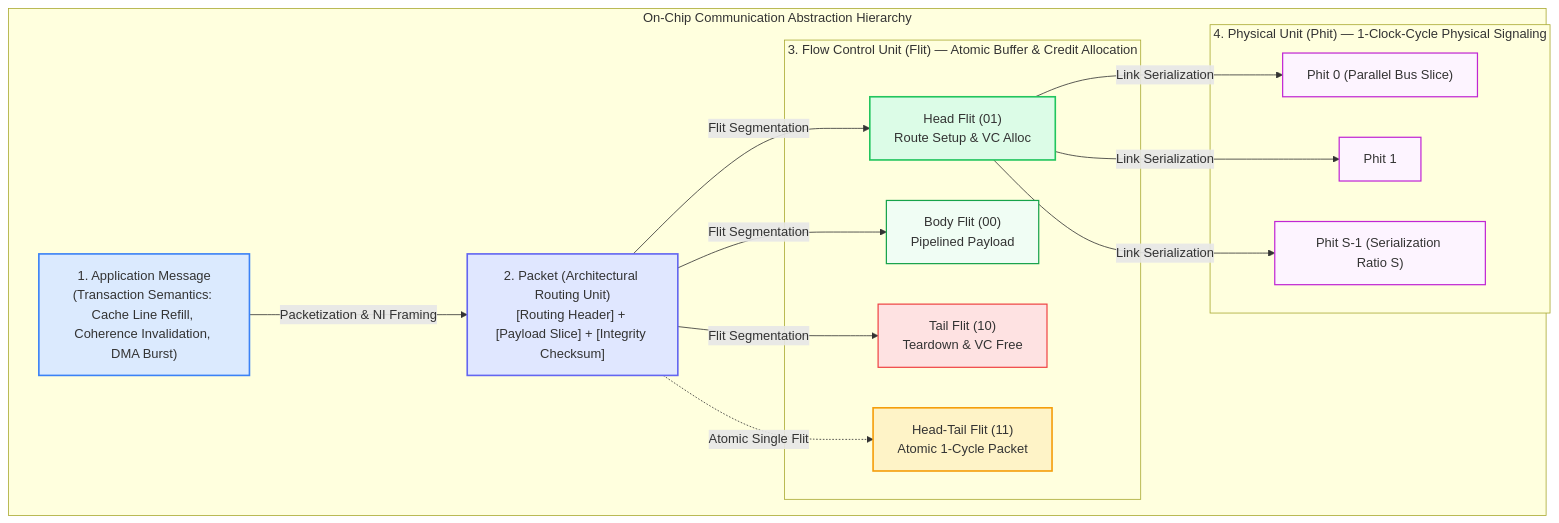
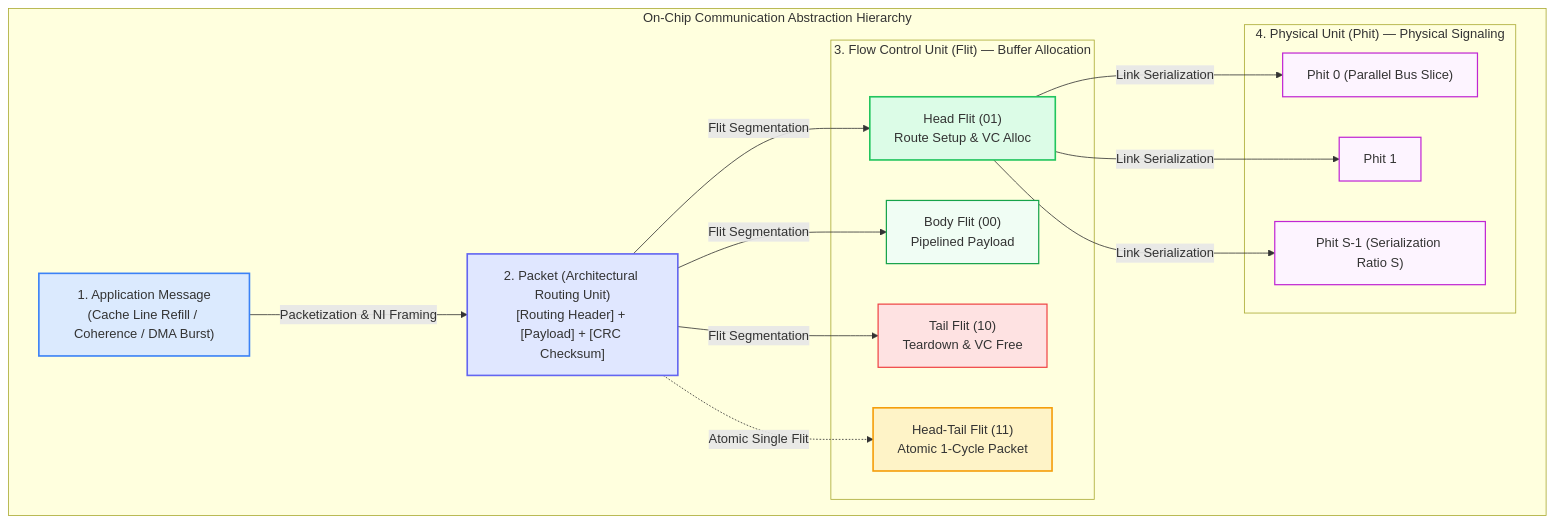
Before and after one commit to network-on-chip/book: the first of 2 diagrams in chapters/ch02-switching-flow-control/index.md, drawn with Mermaid. The commit also changed other lines of this file and 22 other files, not shown here.

````diff
--- a/chapters/ch02-switching-flow-control/index.md
+++ b/chapters/ch02-switching-flow-control/index.md
@@ -16,40 +48,40 @@
 ```mermaid
 graph TD
   subgraph Data_Hierarchy ["On-Chip Communication Abstraction Hierarchy"]
-    Msg["1. Application Message<br/>(Transaction Semantics: Cache Line Refill, Coherence Invalidation, DMA Burst)"]
+    Msg["1. Application Message<br/>(Cache Line Refill / Coherence / DMA Burst)"]
     
-    Pkt["2. Packet (Architectural Routing Unit)<br/>[Routing Header] + [Payload Slice] + [Integrity Checksum]"]
+    Pkt["2. Packet (Architectural Routing Unit)<br/>[Routing Header] + [Payload] + [CRC Checksum]"]
     
-    subgraph Flit_Tier ["3. Flow Control Unit (Flit) — Atomic Buffer & Credit Allocation"]
+    subgraph Flit_Tier ["3. Flow Control Unit (Flit) — Buffer Allocation"]
       Flit_Head["Head Flit (01)<br/>Route Setup &amp; VC Alloc"]
       Flit_Body["Body Flit (00)<br/>Pipelined Payload"]
       Flit_Tail["Tail Flit (10)<br/>Teardown &amp; VC Free"]
       Flit_HT["Head-Tail Flit (11)<br/>Atomic 1-Cycle Packet"]
     end
     
-    subgraph Phit_Tier ["4. Physical Unit (Phit) — 1-Clock-Cycle Physical Signaling"]
+    subgraph Phit_Tier ["4. Physical Unit (Phit) — Physical Signaling"]
       Phit1["Phit 0 (Parallel Bus Slice)"]
       Phit2["Phit 1"]
       PhitN["Phit S-1 (Serialization Ratio S)"]
     end
 
     Msg -->|Packetization & NI Framing| Pkt
     Pkt -->|Flit Segmentation| Flit_Head
     Pkt -->|Flit Segmentation| Flit_Body
     Pkt -->|Flit Segmentation| Flit_Tail
     Pkt -.->|Atomic Single Flit| Flit_HT
     Flit_Head -->|Link Serialization| Phit1
     Flit_Head -->|Link Serialization| Phit2
     Flit_Head -->|Link Serialization| PhitN
   end
 
   style Msg fill:#dbeafe,stroke:#3b82f6,stroke-width:2px;
   style Pkt fill:#e0e7ff,stroke:#6366f1,stroke-width:2px;
   style Flit_Head fill:#dcfce7,stroke:#22c55e,stroke-width:2px;
   style Flit_Body fill:#f0fdf4,stroke:#16a34a,stroke-width:1.5px;
   style Flit_Tail fill:#fee2e2,stroke:#ef4444,stroke-width:1.5px;
   style Flit_HT fill:#fef3c7,stroke:#f59e0b,stroke-width:2px;
   style Phit1 fill:#fdf4ff,stroke:#c026d3,stroke-width:1.5px;
   style Phit2 fill:#fdf4ff,stroke:#c026d3,stroke-width:1.5px;
   style PhitN fill:#fdf4ff,stroke:#c026d3,stroke-width:1.5px;
 ```
````
